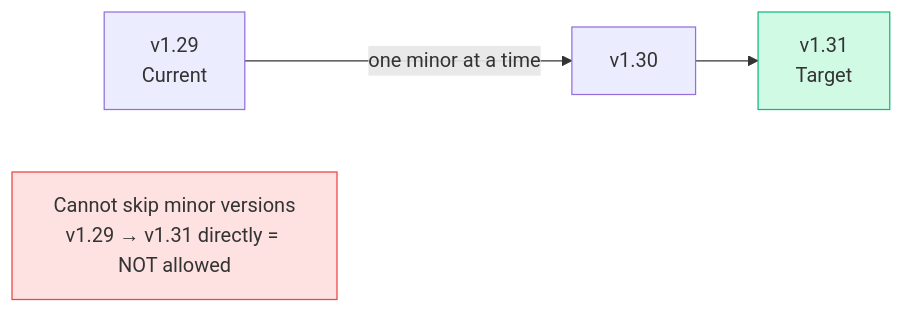
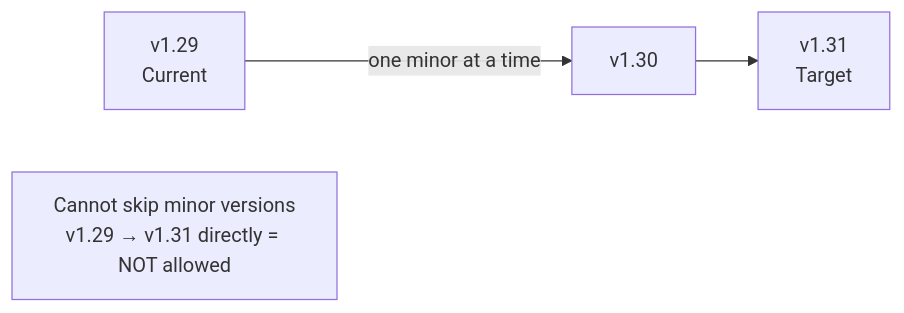
The fifth of 5 diagrams in content/cka/11-cluster-maintenance-drain-upgrade-etcd-backup/overview/overview.md (Gautam4424/k8slearn-content), drawn with Mermaid before and after one commit. The commit also changed other lines of this file and 40 other files, not shown here.

Commit message:
chore: fix mermaid style regex

````diff
--- a/content/cka/11-cluster-maintenance-drain-upgrade-etcd-backup/overview/overview.md
+++ b/content/cka/11-cluster-maintenance-drain-upgrade-etcd-backup/overview/overview.md
@@ -443,8 +434,6 @@
 ```mermaid
 flowchart LR
     V29["v1.29\nCurrent"] -->|one minor at a time| V30["v1.30"]
     V30 --> V31["v1.31\nTarget"]
     NOTE["Cannot skip minor versions\nv1.29 → v1.31 directly = NOT allowed"]
-    style V31 fill:#d1fae5,stroke:#10b981
-    style NOTE fill:#fee2e2,stroke:#ef4444
 ```
````
